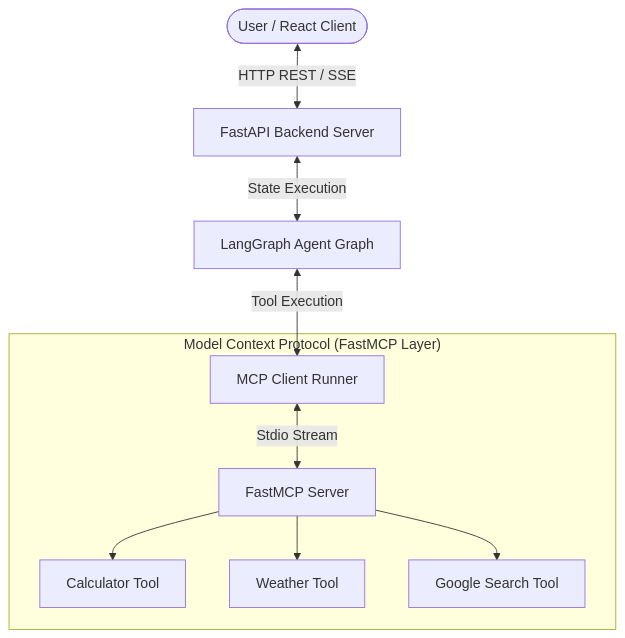
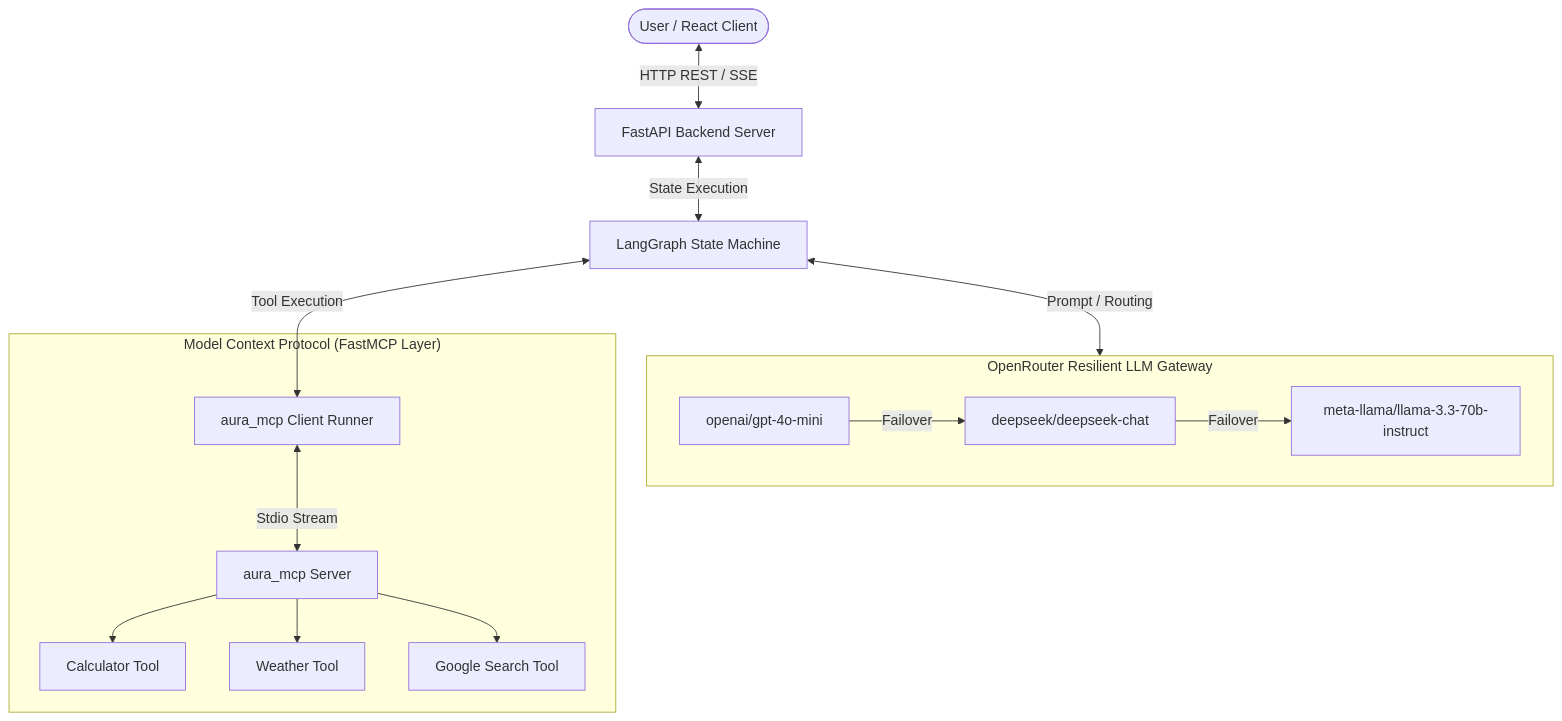
Before and after one commit to mmkyadav/Aura_AI: the diagram in README.md, drawn with Mermaid. The commit also changed other lines of this file, not shown here.

Commit message:
docs: Update final comprehensive README with FastMCP, LLM resiliency chain, and feature architecture

````diff
--- a/README.md
+++ b/README.md
@@ -27,14 +46,20 @@
 ```mermaid
 flowchart TD
     User([User / React Client]) <-->|HTTP REST / SSE| FastAPI[FastAPI Backend Server]
-    FastAPI <-->|State Execution| LangGraph[LangGraph Agent Graph]
+    FastAPI <-->|State Execution| LangGraph[LangGraph State Machine]
+    
+    subgraph Resiliency ["OpenRouter Resilient LLM Gateway"]
+        Primary[openai/gpt-4o-mini] -->|Failover| FB1[deepseek/deepseek-chat]
+        FB1 -->|Failover| FB2[meta-llama/llama-3.3-70b-instruct]
+    end
     
     subgraph MCP ["Model Context Protocol (FastMCP Layer)"]
-        Client[MCP Client Runner] <-->|Stdio Stream| Server[FastMCP Server]
+        Client[aura_mcp Client Runner] <-->|Stdio Stream| Server[aura_mcp Server]
         Server --> CalcTool[Calculator Tool]
         Server --> WeatherTool[Weather Tool]
         Server --> SearchTool[Google Search Tool]
     end
     
+    LangGraph <-->|Prompt / Routing| Resiliency
     LangGraph <-->|Tool Execution| Client
 ```
````
